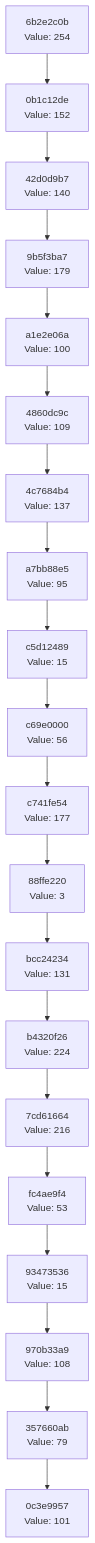
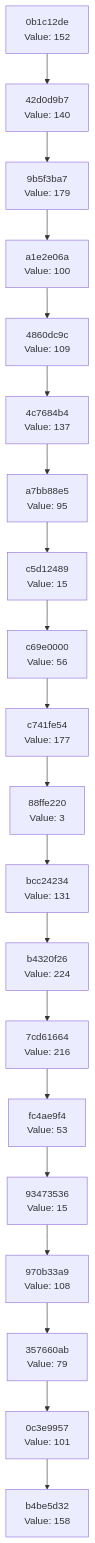
The diagram in docs/CHAIN_VISUALIZATION.md (Abhisheksinha1506/hash-chain-evolver), drawn with Mermaid before and after one commit. The commit also changed 3 other files, not shown here.

````diff
--- a/docs/CHAIN_VISUALIZATION.md
+++ b/docs/CHAIN_VISUALIZATION.md
@@ -3,42 +3,42 @@
 ```mermaid
 graph TD
-    C0["0c3e9957<br/>Value: 101"]
-    C1["357660ab<br/>Value: 79"]
+    C0["b4be5d32<br/>Value: 158"]
+    C1["0c3e9957<br/>Value: 101"]
     C1 --> C0
-    C2["970b33a9<br/>Value: 108"]
+    C2["357660ab<br/>Value: 79"]
     C2 --> C1
-    C3["93473536<br/>Value: 15"]
+    C3["970b33a9<br/>Value: 108"]
     C3 --> C2
-    C4["fc4ae9f4<br/>Value: 53"]
+    C4["93473536<br/>Value: 15"]
     C4 --> C3
-    C5["7cd61664<br/>Value: 216"]
+    C5["fc4ae9f4<br/>Value: 53"]
     C5 --> C4
-    C6["b4320f26<br/>Value: 224"]
+    C6["7cd61664<br/>Value: 216"]
     C6 --> C5
-    C7["bcc24234<br/>Value: 131"]
+    C7["b4320f26<br/>Value: 224"]
     C7 --> C6
-    C8["88ffe220<br/>Value: 3"]
+    C8["bcc24234<br/>Value: 131"]
     C8 --> C7
-    C9["c741fe54<br/>Value: 177"]
+    C9["88ffe220<br/>Value: 3"]
     C9 --> C8
-    C10["c69e0000<br/>Value: 56"]
+    C10["c741fe54<br/>Value: 177"]
     C10 --> C9
-    C11["c5d12489<br/>Value: 15"]
+    C11["c69e0000<br/>Value: 56"]
     C11 --> C10
-    C12["a7bb88e5<br/>Value: 95"]
+    C12["c5d12489<br/>Value: 15"]
     C12 --> C11
-    C13["4c7684b4<br/>Value: 137"]
+    C13["a7bb88e5<br/>Value: 95"]
     C13 --> C12
-    C14["4860dc9c<br/>Value: 109"]
+    C14["4c7684b4<br/>Value: 137"]
     C14 --> C13
-    C15["a1e2e06a<br/>Value: 100"]
+    C15["4860dc9c<br/>Value: 109"]
     C15 --> C14
-    C16["9b5f3ba7<br/>Value: 179"]
+    C16["a1e2e06a<br/>Value: 100"]
     C16 --> C15
-    C17["42d0d9b7<br/>Value: 140"]
+    C17["9b5f3ba7<br/>Value: 179"]
     C17 --> C16
-    C18["0b1c12de<br/>Value: 152"]
+    C18["42d0d9b7<br/>Value: 140"]
     C18 --> C17
-    C19["6b2e2c0b<br/>Value: 254"]
+    C19["0b1c12de<br/>Value: 152"]
     C19 --> C18
 ```
````
